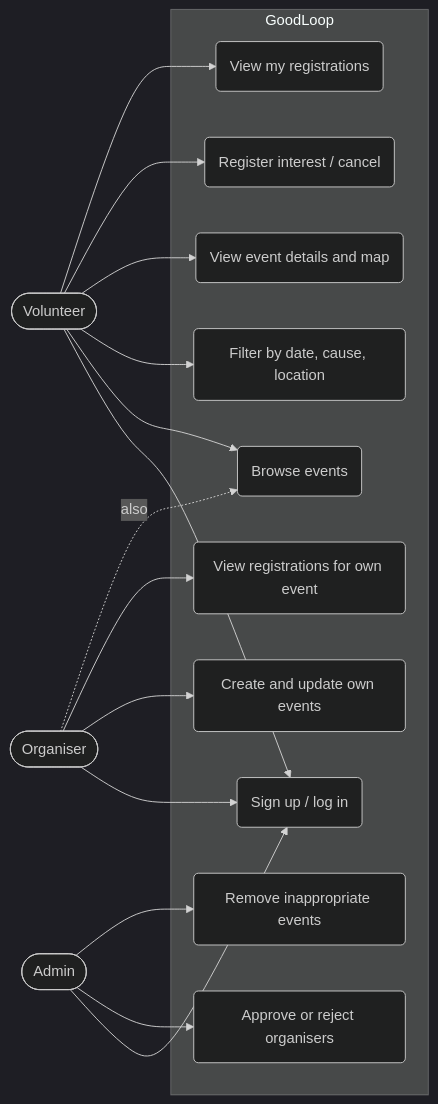
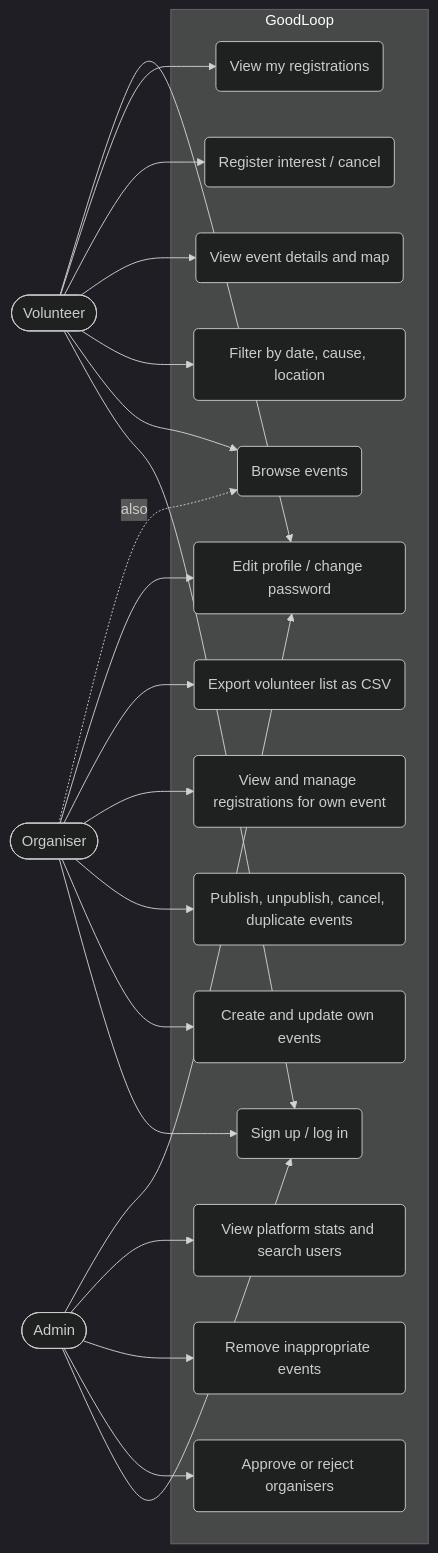
The second of 8 diagrams in docs/PROJECT_REPORT.md (Saransh-Jainbu/goodloop), drawn with Mermaid (dark theme) before and after one commit. The commit also changed other lines of this file, not shown here.

Commit message:
Report: update for registrations, maps, admin stats, profile, design refresh, tests and organisations plan

````diff
--- a/docs/PROJECT_REPORT.md
+++ b/docs/PROJECT_REPORT.md
@@ -92,22 +97,26 @@
 ```mermaid
 flowchart LR
     V([Volunteer])
     O([Organiser])
     A([Admin])
     subgraph GoodLoop
         UC1(Sign up / log in)
         UC2(Browse events)
         UC3(Filter by date, cause, location)
         UC4(View event details and map)
         UC5(Register interest / cancel)
         UC6(View my registrations)
+        UC11(Edit profile / change password)
         UC7(Create and update own events)
-        UC8(View registrations for own event)
+        UC12(Publish, unpublish, cancel, duplicate events)
+        UC8(View and manage registrations for own event)
+        UC13(Export volunteer list as CSV)
         UC9(Approve or reject organisers)
         UC10(Remove inappropriate events)
+        UC14(View platform stats and search users)
     end
-    V --> UC1 & UC2 & UC3 & UC4 & UC5 & UC6
-    O --> UC1 & UC7 & UC8
+    V --> UC1 & UC2 & UC3 & UC4 & UC5 & UC6 & UC11
+    O --> UC1 & UC7 & UC12 & UC8 & UC13 & UC11
     O -. also .-> UC2
-    A --> UC1 & UC9 & UC10
+    A --> UC1 & UC9 & UC10 & UC14 & UC11
 ```
````
